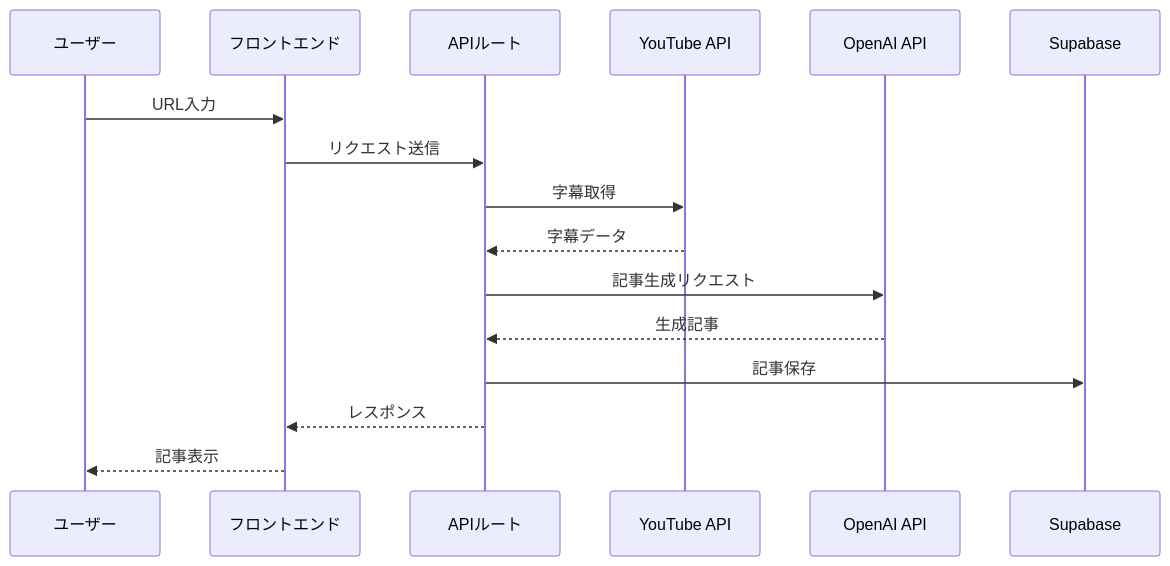
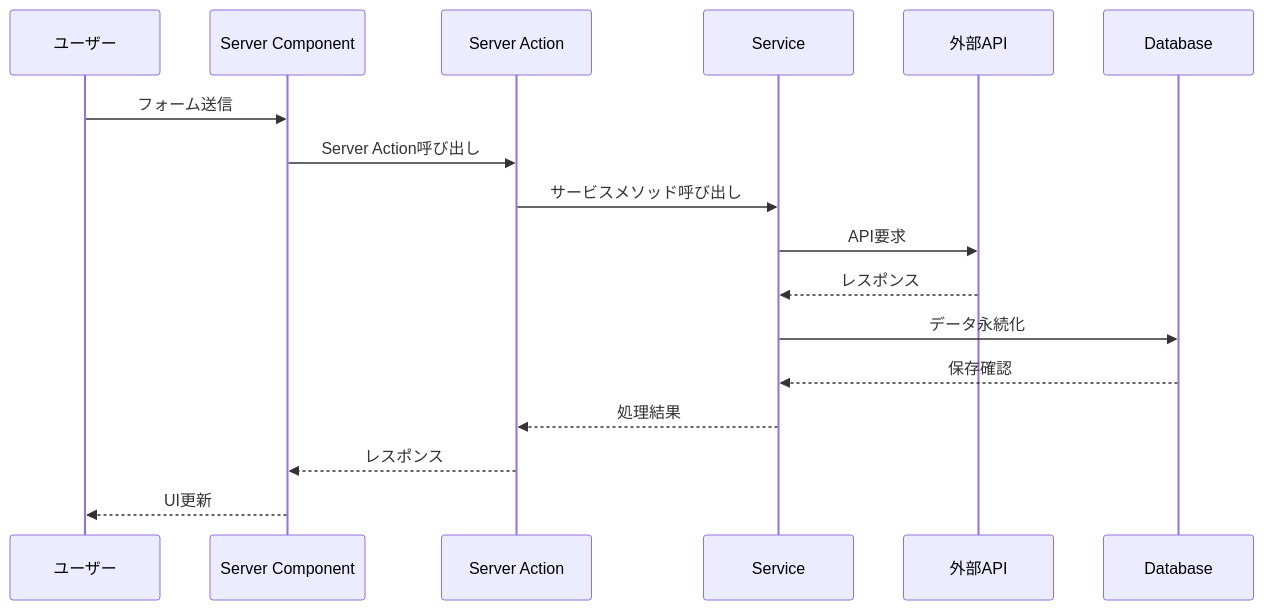
The second of 2 diagrams in memory-bank/systemPatterns.md (iamyosuke/youtube-blog-ai), drawn with Mermaid before and after one commit. The commit also changed other lines of this file and 4 other files, not shown here.

````diff
--- a/memory-bank/systemPatterns.md
+++ b/memory-bank/systemPatterns.md
@@ -42,19 +59,20 @@
 ```mermaid
 sequenceDiagram
     participant User as ユーザー
-    participant Frontend as フロントエンド
-    participant API as APIルート
-    participant YT as YouTube API
-    participant AI as OpenAI API
-    participant DB as Supabase
+    participant SC as Server Component
+    participant SA as Server Action
+    participant SV as Service
+    participant Ex as 外部API
+    participant DB as Database
 
-    User->>Frontend: URL入力
-    Frontend->>API: リクエスト送信
-    API->>YT: 字幕取得
-    YT-->>API: 字幕データ
-    API->>AI: 記事生成リクエスト
-    AI-->>API: 生成記事
-    API->>DB: 記事保存
-    API-->>Frontend: レスポンス
-    Frontend-->>User: 記事表示
+    User->>SC: フォーム送信
+    SC->>SA: Server Action呼び出し
+    SA->>SV: サービスメソッド呼び出し
+    SV->>Ex: API要求
+    Ex-->>SV: レスポンス
+    SV->>DB: データ永続化
+    DB-->>SV: 保存確認
+    SV-->>SA: 処理結果
+    SA-->>SC: レスポンス
+    SC-->>User: UI更新
 ```
````
